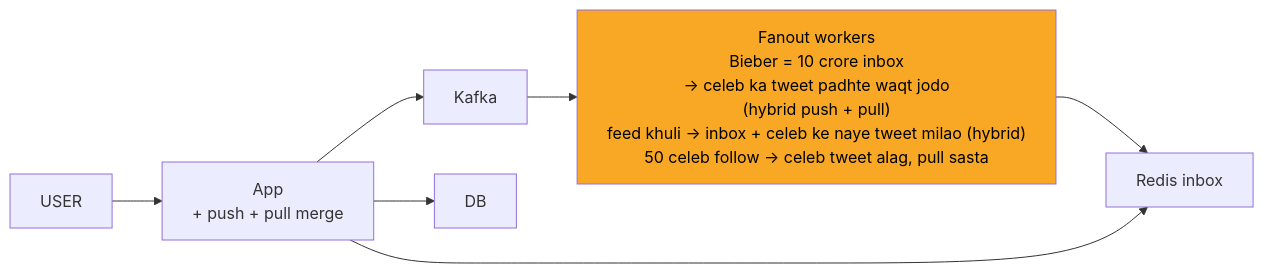
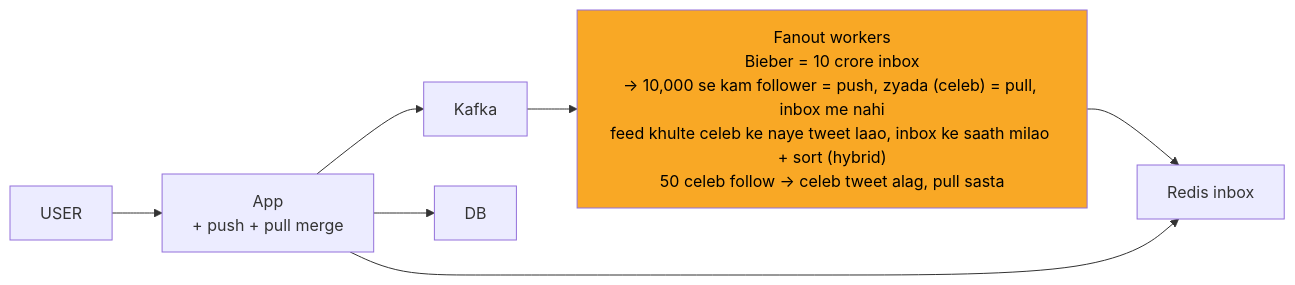
One commit to ArpanMaheshwari144/Prep changed the fourth of 12 diagrams in 04_HLD/SYSTEM_DESIGNS/03_twitter_feed/03_twitter_feed.md. Above: the diagram before and after it, drawn with Mermaid. The commit also changed other lines of this file and 13 other files, not shown here.

````diff
--- a/04_HLD/SYSTEM_DESIGNS/03_twitter_feed/03_twitter_feed.md
+++ b/04_HLD/SYSTEM_DESIGNS/03_twitter_feed/03_twitter_feed.md
@@ -184,17 +188,17 @@
 ```mermaid
 %%{init: {"flowchart": {"wrappingWidth": 450}}}%%
 flowchart LR
     n_USER["USER"]
     n_App["App<br/>+ push + pull merge"]
     n_Kafka["Kafka"]
-    n_Fanout_workers["Fanout workers<br/>Bieber = 10 crore inbox<br/>-> celeb ka tweet padhte waqt jodo<br/>(hybrid push + pull)<br/>feed khuli -> inbox + celeb ke naye tweet milao (hybrid)<br/>50 celeb follow -> celeb tweet alag, pull sasta"]
+    n_Fanout_workers["Fanout workers<br/>Bieber = 10 crore inbox<br/>-> 10,000 se kam follower = push, zyada (celeb) = pull, inbox me nahi<br/>feed khulte celeb ke naye tweet laao, inbox ke saath milao + sort (hybrid)<br/>50 celeb follow -> celeb tweet alag, pull sasta"]
     n_Redis_inbox["Redis inbox"]
     n_DB["DB"]
     n_USER --> n_App
     n_App --> n_Kafka
     n_App --> n_DB
     n_Kafka --> n_Fanout_workers
     n_Fanout_workers --> n_Redis_inbox
     n_App --> n_Redis_inbox
     style n_Fanout_workers fill:#f9a825,color:#000
 ```
````
